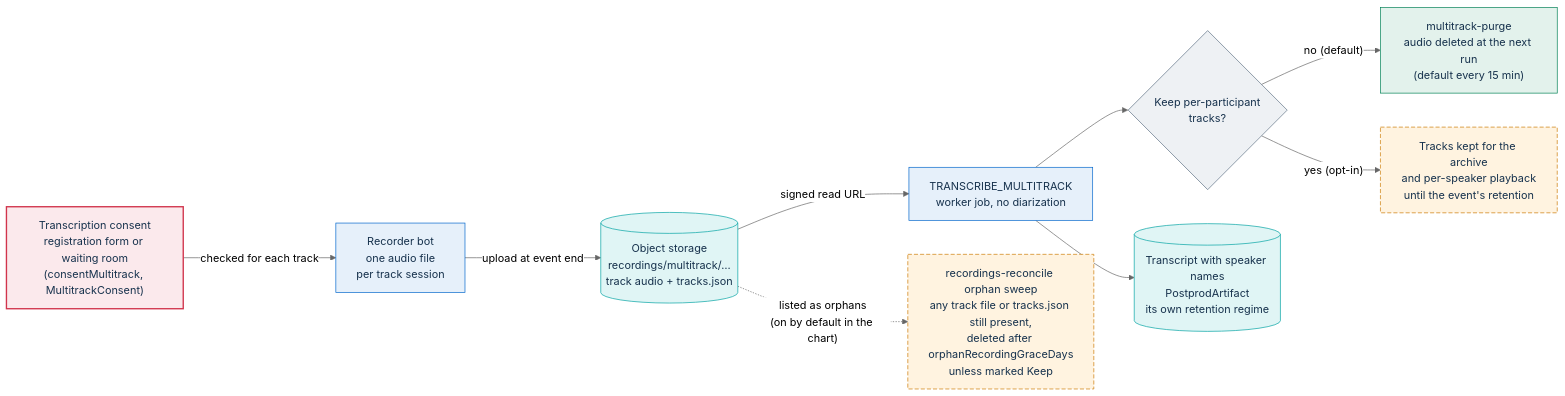
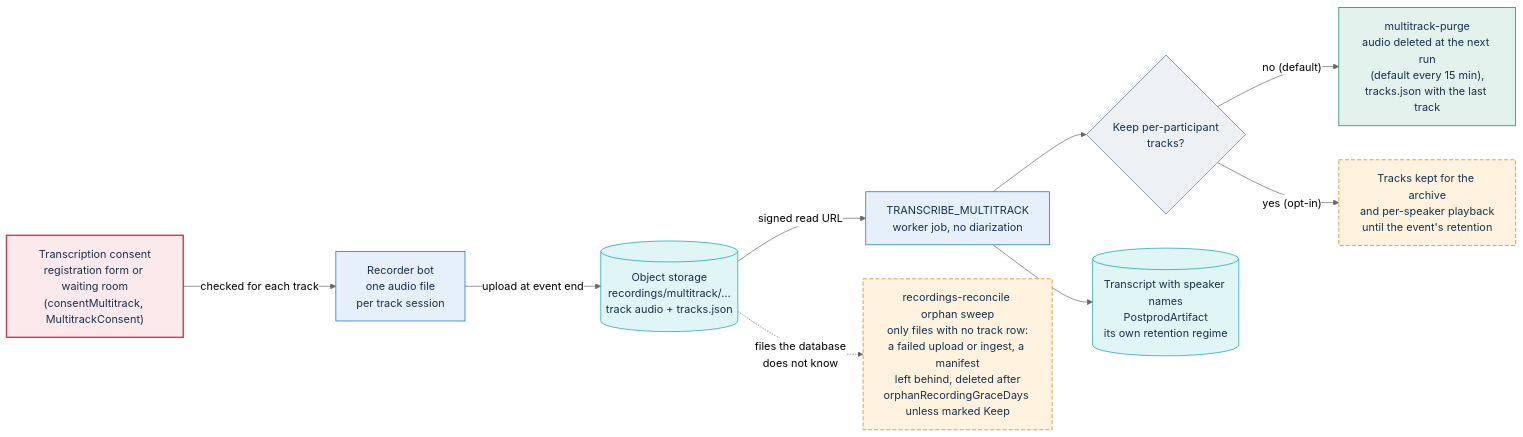
Before and after one commit to italia/pa-webinar: the first of 3 diagrams in docs/privacy/recordings-and-ai.md, drawn with Mermaid (neutral theme). The commit also changed other lines of this file and 18 other files, not shown here.

````diff
--- a/docs/privacy/recordings-and-ai.md
+++ b/docs/privacy/recordings-and-ai.md
@@ -219,35 +218,35 @@
 ```mermaid
 flowchart LR
     gate["Transcription consent<br/>registration form or waiting room<br/>(consentMultitrack, MultitrackConsent)"]
     bot["Recorder bot<br/>one audio file<br/>per track session"]
     store[("Object storage<br/>recordings/multitrack/…<br/>track audio + tracks.json")]
     tx["TRANSCRIBE_MULTITRACK<br/>worker job, no diarization"]
     keep{"Keep per-participant<br/>tracks?"}
-    purge["multitrack-purge<br/>audio deleted at the next run<br/>(default every 15 min)"]
+    purge["multitrack-purge<br/>audio deleted at the next run<br/>(default every 15 min),<br/>tracks.json with the last track"]
     retain["Tracks kept for the archive<br/>and per-speaker playback<br/>until the event's retention"]
-    orphan["recordings-reconcile orphan sweep<br/>any track file or tracks.json still present,<br/>deleted after orphanRecordingGraceDays<br/>unless marked Keep"]
+    orphan["recordings-reconcile orphan sweep<br/>only files with no track row:<br/>a failed upload or ingest, a manifest<br/>left behind, deleted after<br/>orphanRecordingGraceDays unless marked Keep"]
     out[("Transcript with speaker names<br/>PostprodArtifact<br/>its own retention regime")]
 
     gate -->|"checked for each track"| bot
     bot -->|"upload at event end"| store
     store -->|"signed read URL"| tx
     tx --> out
     tx --> keep
     keep -->|"no (default)"| purge
     keep -->|"yes (opt-in)"| retain
-    store -.->|"listed as orphans<br/>(on by default in the chart)"| orphan
+    store -.->|"files the database<br/>does not know"| orphan
 
     classDef risk fill:#FBE9EC,stroke:#D1344C,stroke-width:2px,color:#17324D
     classDef proc fill:#E6F0FA,stroke:#0066CC,color:#17324D
     classDef data fill:#E0F5F5,stroke:#00A3A3,color:#17324D
     classDef done fill:#E3F2EC,stroke:#008055,color:#17324D
     classDef optional fill:#FFF3E0,stroke:#CC7A00,stroke-dasharray:6 3,color:#17324D
     classDef decision fill:#EEF1F4,stroke:#5C6F82,color:#17324D
 
     class gate risk
     class bot,tx proc
     class store,out data
     class purge done
     class retain,orphan optional
     class keep decision
 ```
````
